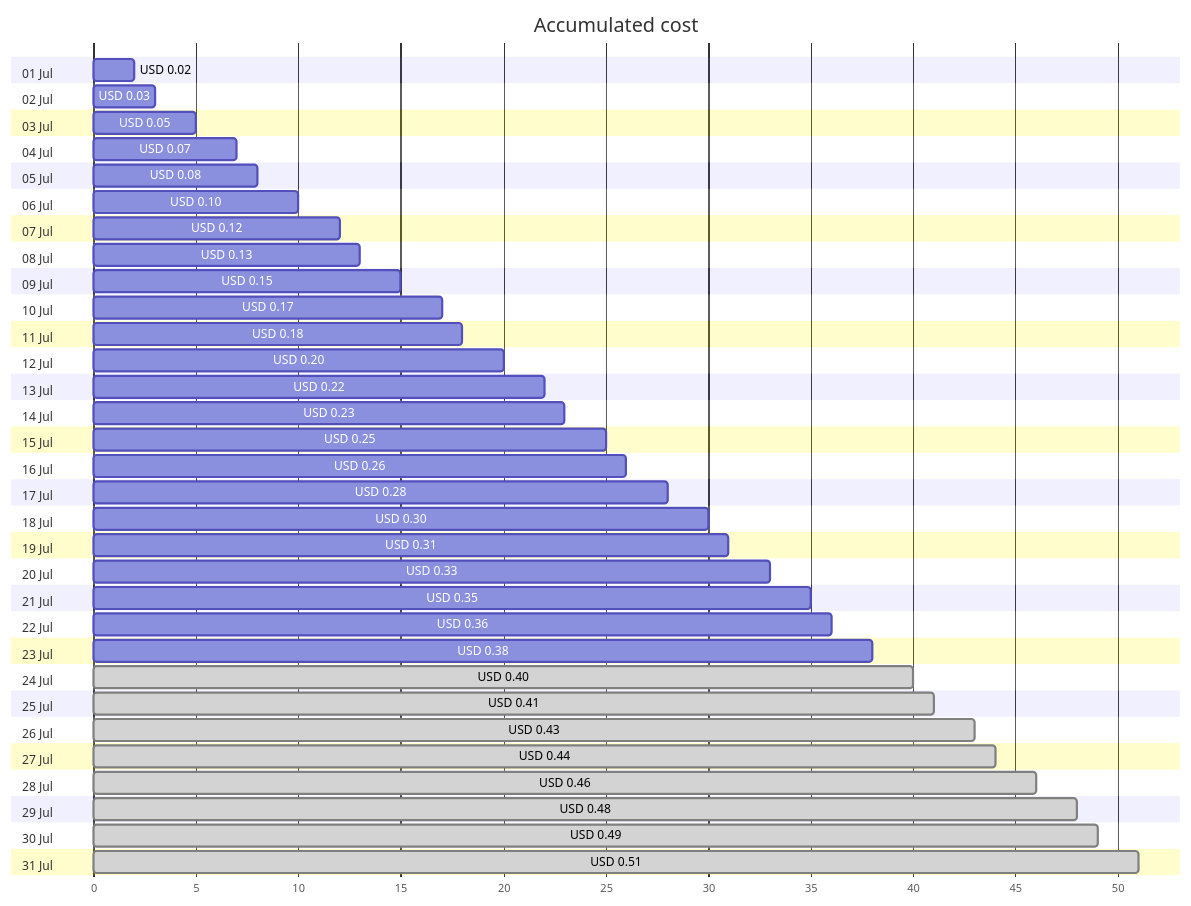
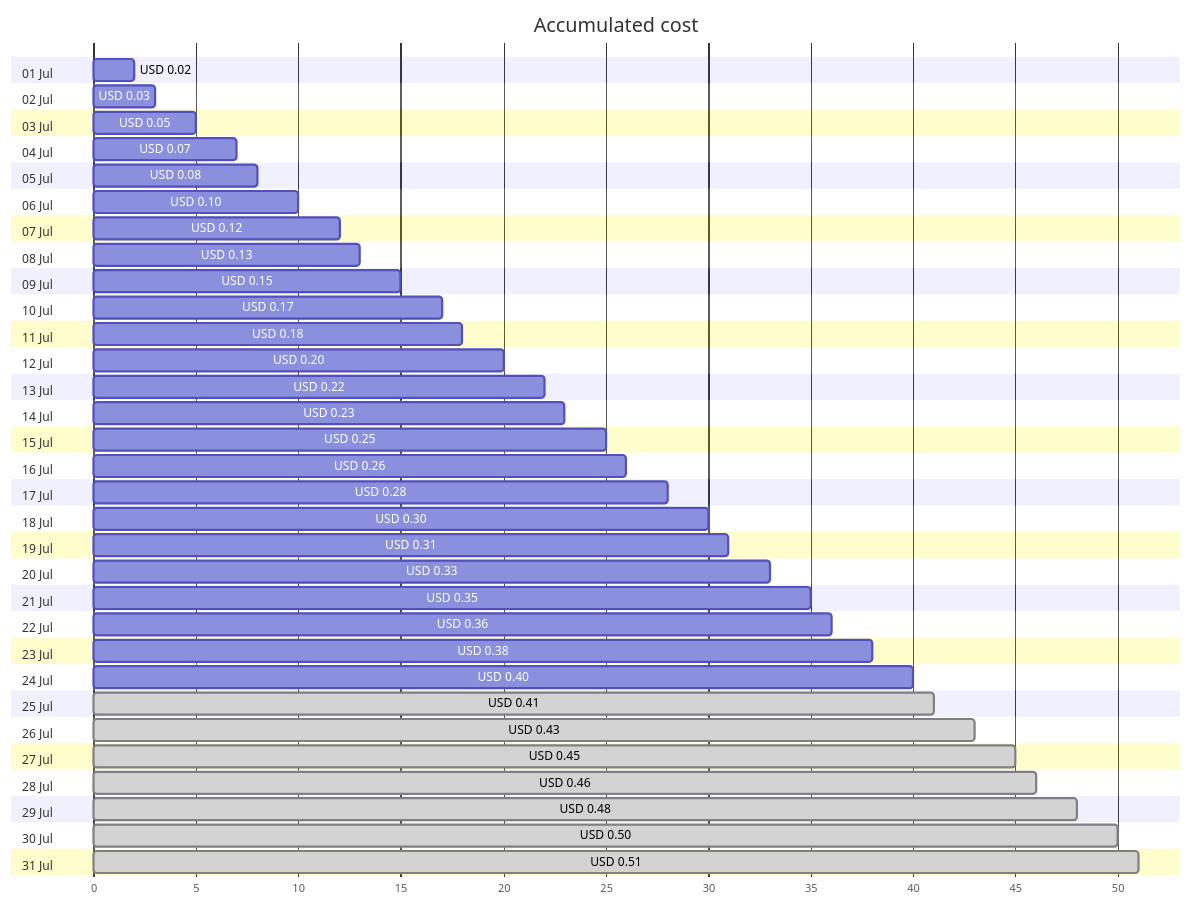
Before and after one commit to jpfulton/azure-personal-reports: the first of 4 diagrams in cost-reports/personal-dns/jpatrickfulton.dev.md, drawn with Mermaid. The commit also changed other lines of this file and 2 other files, not shown here.

````diff
--- a/cost-reports/personal-dns/jpatrickfulton.dev.md
+++ b/cost-reports/personal-dns/jpatrickfulton.dev.md
@@ -20,68 +20,68 @@
 ```mermaid
 gantt
    title Accumulated cost
    dateFormat  X
    axisFormat %s
    section 01 Jul
    USD 0.02 :0, 2
    section 02 Jul
    USD 0.03 :0, 3
    section 03 Jul
    USD 0.05 :0, 5
    section 04 Jul
    USD 0.07 :0, 7
    section 05 Jul
    USD 0.08 :0, 8
    section 06 Jul
    USD 0.10 :0, 10
    section 07 Jul
    USD 0.12 :0, 12
    section 08 Jul
    USD 0.13 :0, 13
    section 09 Jul
    USD 0.15 :0, 15
    section 10 Jul
    USD 0.17 :0, 17
    section 11 Jul
    USD 0.18 :0, 18
    section 12 Jul
    USD 0.20 :0, 20
    section 13 Jul
    USD 0.22 :0, 22
    section 14 Jul
    USD 0.23 :0, 23
    section 15 Jul
    USD 0.25 :0, 25
    section 16 Jul
    USD 0.26 :0, 26
    section 17 Jul
    USD 0.28 :0, 28
    section 18 Jul
    USD 0.30 :0, 30
    section 19 Jul
    USD 0.31 :0, 31
    section 20 Jul
    USD 0.33 :0, 33
    section 21 Jul
    USD 0.35 :0, 35
    section 22 Jul
    USD 0.36 :0, 36
    section 23 Jul
    USD 0.38 :0, 38
    section 24 Jul
-   USD 0.40 : done, 0, 40
+   USD 0.40 :0, 40
    section 25 Jul
    USD 0.41 : done, 0, 41
    section 26 Jul
    USD 0.43 : done, 0, 43
    section 27 Jul
-   USD 0.44 : done, 0, 44
+   USD 0.45 : done, 0, 45
    section 28 Jul
    USD 0.46 : done, 0, 46
    section 29 Jul
    USD 0.48 : done, 0, 48
    section 30 Jul
-   USD 0.49 : done, 0, 49
+   USD 0.50 : done, 0, 50
    section 31 Jul
    USD 0.51 : done, 0, 51
 ```
````
